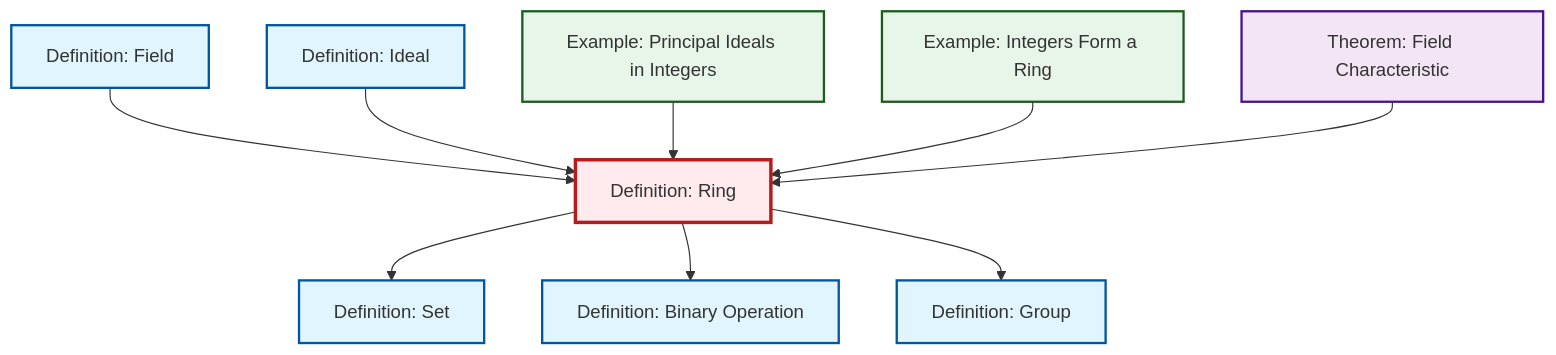
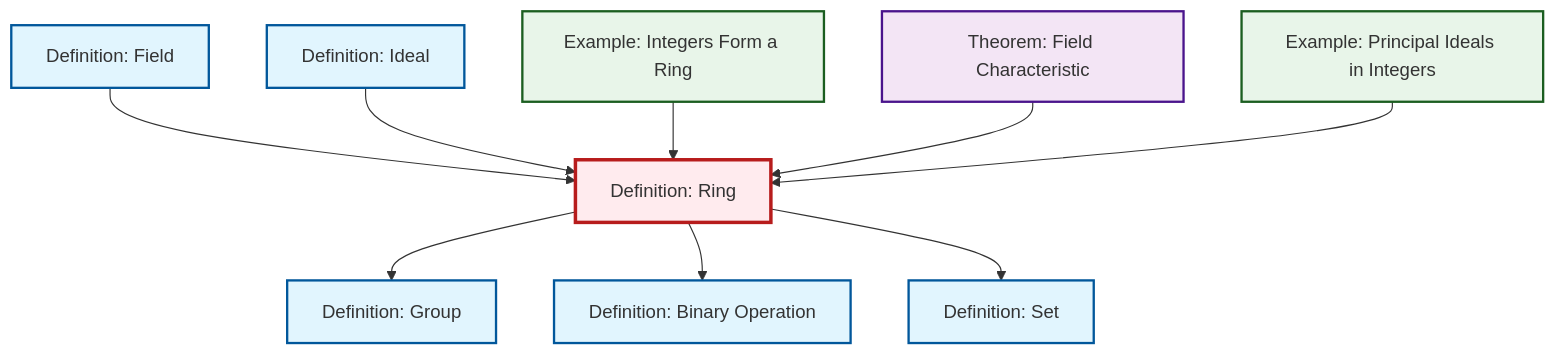
Before and after one commit to RK0429/ModernMath: the diagram in content/en/algebra/def-ring.qmd, drawn with Mermaid. The commit also changed other lines of this file and 417 other files, not shown here.

````diff
--- a/content/en/algebra/def-ring.qmd
+++ b/content/en/algebra/def-ring.qmd
@@ -59,35 +59,35 @@
 ```{mermaid}
 %%| fig-cap: "Local dependency graph"
 graph TD
     classDef definition fill:#e1f5fe,stroke:#01579b,stroke-width:2px
     classDef theorem fill:#f3e5f5,stroke:#4a148c,stroke-width:2px
     classDef axiom fill:#fff3e0,stroke:#e65100,stroke-width:2px
     classDef example fill:#e8f5e9,stroke:#1b5e20,stroke-width:2px
     classDef current fill:#ffebee,stroke:#b71c1c,stroke-width:3px
+    def-field["Definition: Field"]:::definition
+    ex-integers-ring["Example: Integers Form a Ring"]:::example
+    def-ring["Definition: Ring"]:::definition
+    thm-field-characteristic["Theorem: Field Characteristic"]:::theorem
+    def-binary-operation["Definition: Binary Operation"]:::definition
+    ex-principal-ideal["Example: Principal Ideals in Integers"]:::example
     def-ideal["Definition: Ideal"]:::definition
+    def-group["Definition: Group"]:::definition
     def-set["Definition: Set"]:::definition
-    def-group["Definition: Group"]:::definition
-    def-field["Definition: Field"]:::definition
-    thm-field-characteristic["Theorem: Field Characteristic"]:::theorem
-    def-ring["Definition: Ring"]:::definition
-    ex-principal-ideal["Example: Principal Ideals in Integers"]:::example
-    ex-integers-ring["Example: Integers Form a Ring"]:::example
-    def-binary-operation["Definition: Binary Operation"]:::definition
-    def-ring --> def-set
     def-field --> def-ring
+    def-ring --> def-group
     def-ideal --> def-ring
-    ex-principal-ideal --> def-ring
+    def-ring --> def-binary-operation
     ex-integers-ring --> def-ring
     thm-field-characteristic --> def-ring
-    def-ring --> def-binary-operation
-    def-ring --> def-group
+    def-ring --> def-set
+    ex-principal-ideal --> def-ring
     class def-ring current
+    click def-field "def-field.html" "Go to Field definition"
+    click ex-integers-ring "ex-integers-ring.html" "Go to Integers Form a Ring example"
+    click thm-field-characteristic "thm-field-characteristic.html" "Go to Field Characteristic theorem"
+    click def-binary-operation "def-binary-operation.html" "Go to Binary Operation definition"
+    click ex-principal-ideal "ex-principal-ideal.html" "Go to Principal Ideals in Integers example"
     click def-ideal "def-ideal.html" "Go to Ideal definition"
+    click def-group "def-group.html" "Go to Group definition"
     click def-set "def-set.html" "Go to Set definition"
-    click def-group "def-group.html" "Go to Group definition"
-    click def-field "def-field.html" "Go to Field definition"
-    click thm-field-characteristic "thm-field-characteristic.html" "Go to Field Characteristic theorem"
-    click ex-principal-ideal "ex-principal-ideal.html" "Go to Principal Ideals in Integers example"
-    click ex-integers-ring "ex-integers-ring.html" "Go to Integers Form a Ring example"
-    click def-binary-operation "def-binary-operation.html" "Go to Binary Operation definition"
 ```
````
